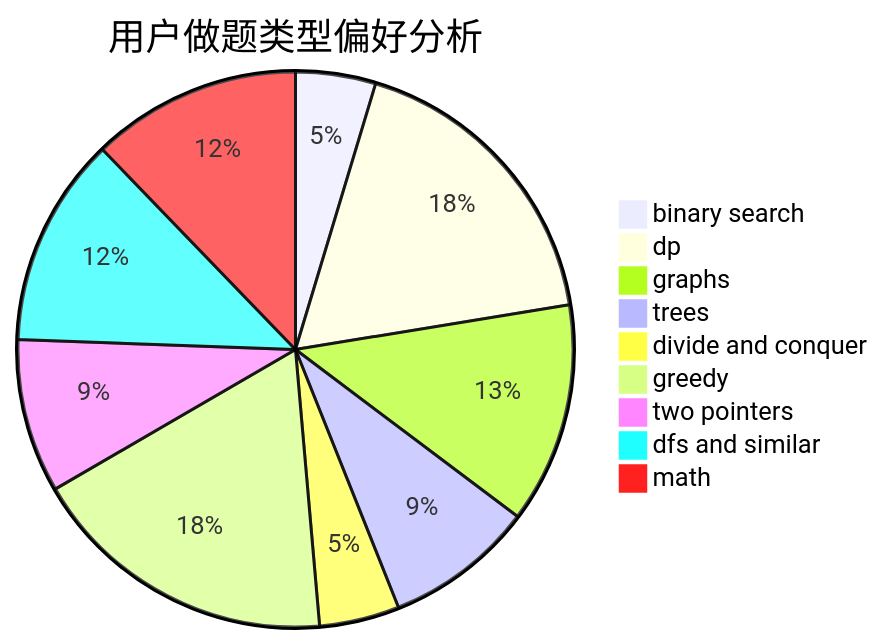
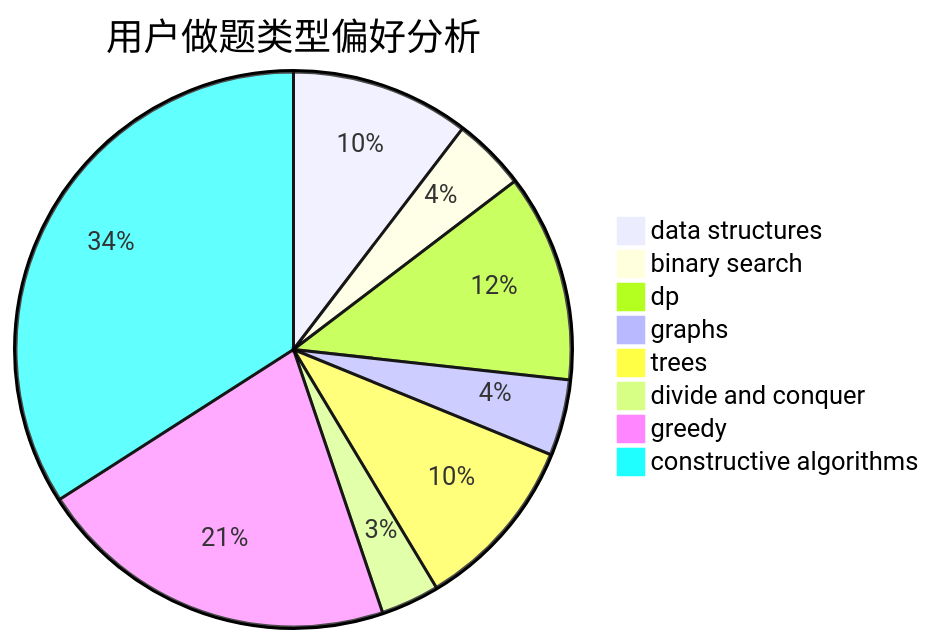
Before and after one commit to sherpahu/cfrs.github.io: the second of 3 diagrams in docs/user/u1949.md, drawn with Mermaid. The commit also changed other lines of this file and 2775 other files, not shown here.

````diff
--- a/docs/user/u1949.md
+++ b/docs/user/u1949.md
@@ -23,12 +23,11 @@
 ```mermaid
 pie title 用户做题类型偏好分析
-    "binary search" :  37
-    "dp" :  141
-    "graphs" :  102
-    "trees" :  69
-    "divide and conquer" :  37
-    "greedy" :  143
-    "two pointers" :  71
-    "dfs and similar" :  97
-    "math" :  97
+    "data structures" :  61
+    "binary search" :  25
+    "dp" :  71
+    "graphs" :  26
+    "trees" :  60
+    "divide and conquer" :  20
+    "greedy" :  124
+    "constructive algorithms" :  200
 ```
````
